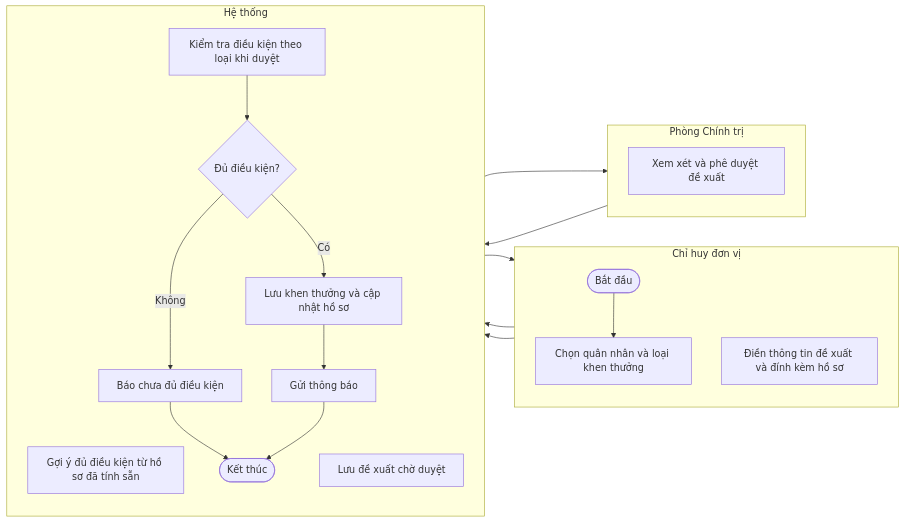
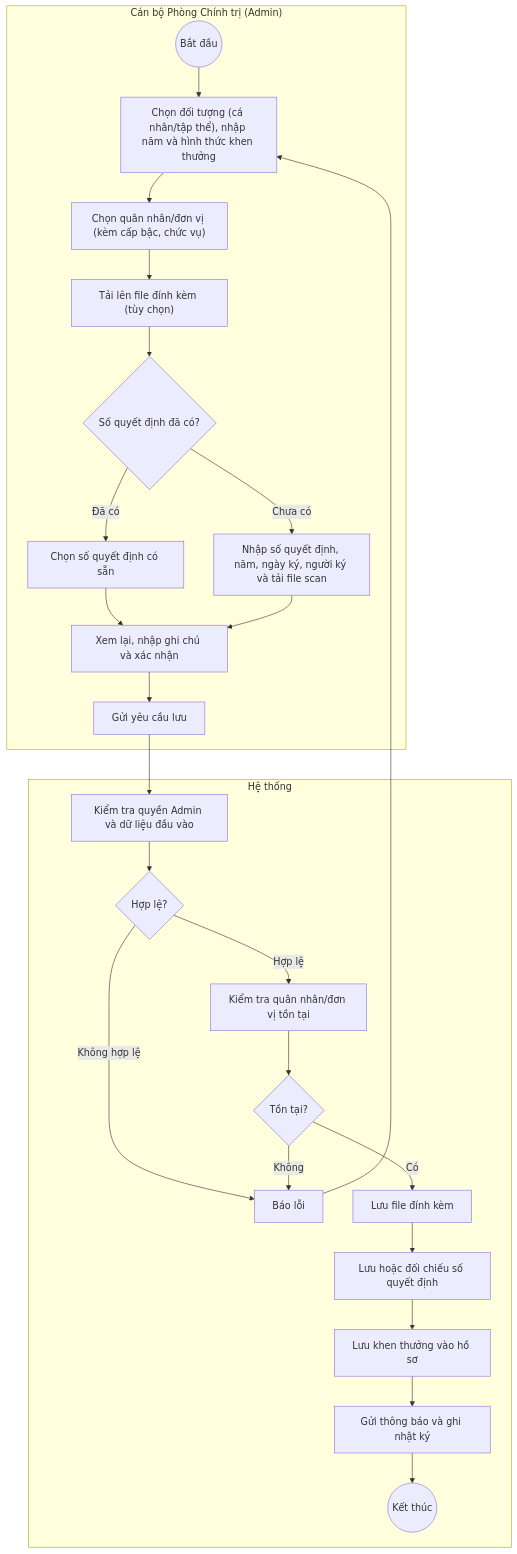
The third of 3 diagrams in docs/diagrams/02-activity.md (tranducbk/DATN_PM_QLKT), drawn with Mermaid before and after one commit. The commit also changed other lines of this file and 113 other files, not shown here.

````diff
--- a/docs/diagrams/02-activity.md
+++ b/docs/diagrams/02-activity.md
@@ -198,28 +144,40 @@
 ```mermaid
-flowchart LR
-    subgraph MG["Chỉ huy đơn vị"]
-        direction TB
-        Start([Bắt đầu])
-        A1[Chọn quân nhân và loại khen thưởng]
-        A3[Điền thông tin đề xuất và đính kèm hồ sơ]
-    end
-    subgraph PCT["Phòng Chính trị"]
-        direction TB
-        A4[Xem xét và phê duyệt đề xuất]
-    end
-    subgraph HeTHong["Hệ thống"]
-        direction TB
-        S0[Gợi ý đủ điều kiện từ hồ sơ đã tính sẵn]
-        S1[Kiểm tra điều kiện theo loại khi duyệt]
-        D1{Đủ điều kiện?}
-        S2[Báo chưa đủ điều kiện]
-        S3[Lưu đề xuất chờ duyệt]
-        S4[Lưu khen thưởng và cập nhật hồ sơ]
-        S5[Gửi thông báo]
-        End([Kết thúc])
+flowchart TD
+    subgraph CB["Cán bộ Phòng Chính trị (Admin)"]
+        S(("Bắt đầu")) --> A1["Chọn đối tượng (cá nhân/tập thể), nhập năm và hình thức khen thưởng"]
+        A1 --> A2["Chọn quân nhân/đơn vị (kèm cấp bậc, chức vụ)"]
+        A2 --> A3["Tải lên file đính kèm (tùy chọn)"]
+        A3 --> A4{"Số quyết định đã có?"}
+        A4 -->|"Đã có"| A5["Chọn số quyết định có sẵn"]
+        A4 -->|"Chưa có"| A6["Nhập số quyết định, năm, ngày ký, người ký và tải file scan"]
+        A5 --> A7["Xem lại, nhập ghi chú và xác nhận"]
+        A6 --> A7
+        A7 --> A8["Gửi yêu cầu lưu"]
     end
 
-    Start --> A1 --> S0 --> A3 --> S3 --> A4 --> S1 --> D1
-    D1 -- Không --> S2 --> End
-    D1 -- Có --> S4 --> S5 --> End
+    subgraph HT["Hệ thống"]
+        B1["Kiểm tra quyền Admin và dữ liệu đầu vào"]
+        D1{"Hợp lệ?"}
+        Berr["Báo lỗi"]
+        B2["Kiểm tra quân nhân/đơn vị tồn tại"]
+        D2{"Tồn tại?"}
+        B3["Lưu file đính kèm"]
+        B4["Lưu hoặc đối chiếu số quyết định"]
+        B5["Lưu khen thưởng vào hồ sơ"]
+        B6["Gửi thông báo và ghi nhật ký"]
+        F(("Kết thúc"))
+    end
+
+    A8 --> B1
+    B1 --> D1
+    D1 -->|"Không hợp lệ"| Berr
+    Berr --> A1
+    D1 -->|"Hợp lệ"| B2
+    B2 --> D2
+    D2 -->|"Không"| Berr
+    D2 -->|"Có"| B3
+    B3 --> B4
+    B4 --> B5
+    B5 --> B6
+    B6 --> F
 ```
````
